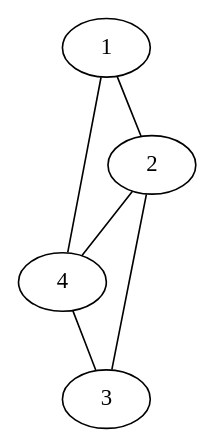
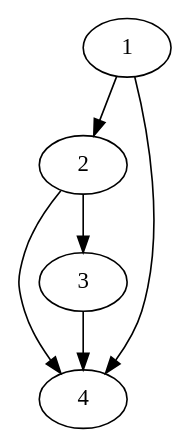
One commit to vinicius-de-souza/graphapplication changed the diagram in testes/uniao.dot. Above: the diagram before and after it, drawn with Graphviz. The commit also changed 1 other file, not shown here.

```diff
--- a/testes/uniao.dot
+++ b/testes/uniao.dot
@@ -1,25 +1,9 @@
-strict graph G { 
- 
+strict digraph G {
 
-    1 --  2
-    1 --  4
-    1 --  2
-    1 --  4
-    2 --  1
-    2 --  1
-    2 --  4
-    2 --  3
-    2 --  4
-    2 --  3
-    4 --  1
-    4 --  2
-    4 --  1
-    4 --  2
-    4 --  3
-    4 --  3
-    3 --  2
-    3 --  4
-    3 --  2
-    3 --  4
+    1 ->  2
+    1 ->  4
+    2 ->  4
+    2 ->  3
+    3 ->  4
 
  }
```
